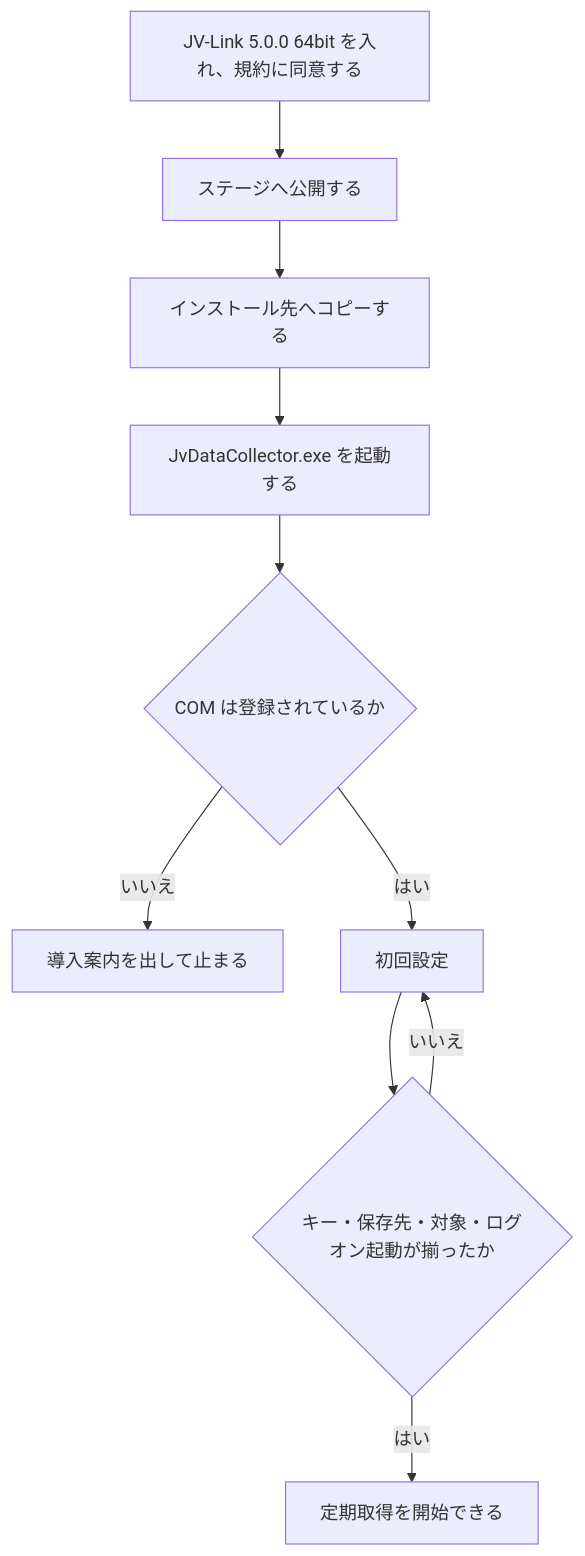
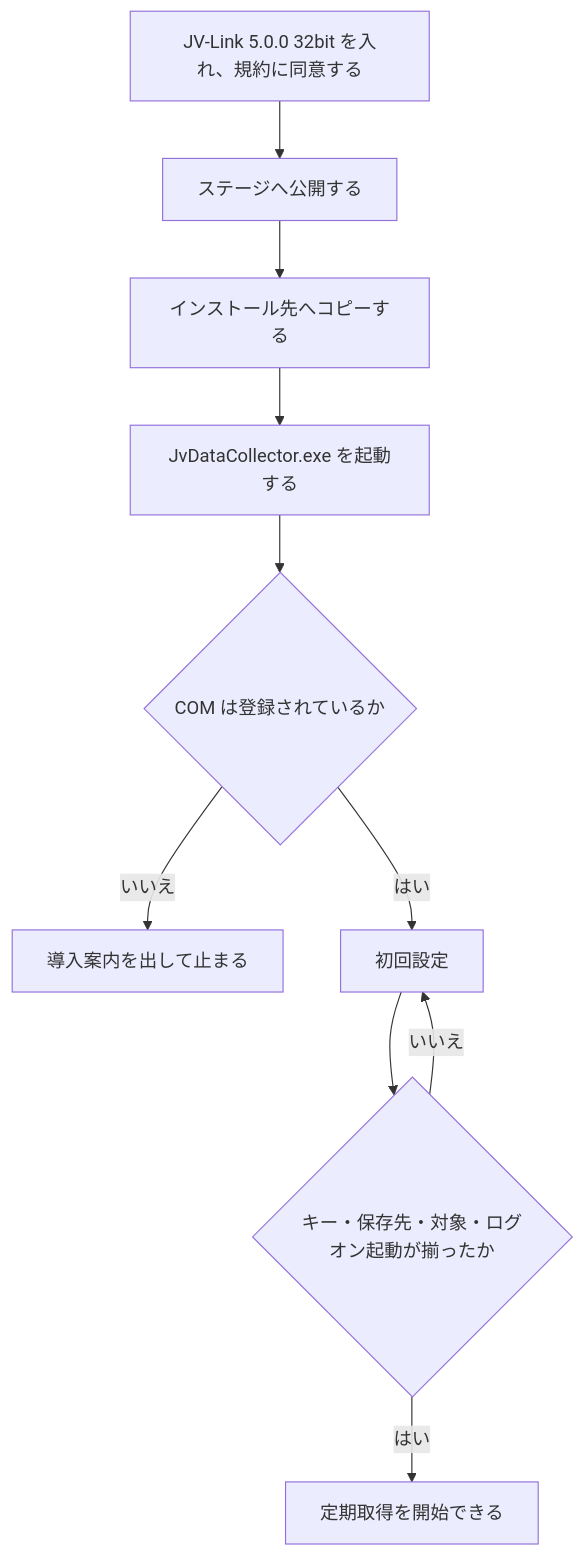
One commit to betashort/keiba-dwh changed the second of 3 diagrams in docs/jv-data-collector/deployment.md. Above: the diagram before and after it, drawn with Mermaid. The commit also changed other lines of this file and 23 other files, not shown here.

Commit message:
公式の 32bit JV-Link に合わせて収集アプリを x86 にし、取得中の進み具合をプログレスバーで出す。

````diff
--- a/docs/jv-data-collector/deployment.md
+++ b/docs/jv-data-collector/deployment.md
@@ -112,12 +112,12 @@
 ```mermaid
 flowchart TD
-  jv["JV-Link 5.0.0 64bit を入れ、規約に同意する"] --> publish["ステージへ公開する"]
+  jv["JV-Link 5.0.0 32bit を入れ、規約に同意する"] --> publish["ステージへ公開する"]
   publish --> copy["インストール先へコピーする"]
   copy --> run["JvDataCollector.exe を起動する"]
   run --> com{"COM は登録されているか"}
   com -->|いいえ| guide["導入案内を出して止まる"]
   com -->|はい| setup["初回設定"]
   setup --> ready{"キー・保存先・対象・ログオン起動が揃ったか"}
   ready -->|いいえ| setup
   ready -->|はい| daily["定期取得を開始できる"]
 ```
````
